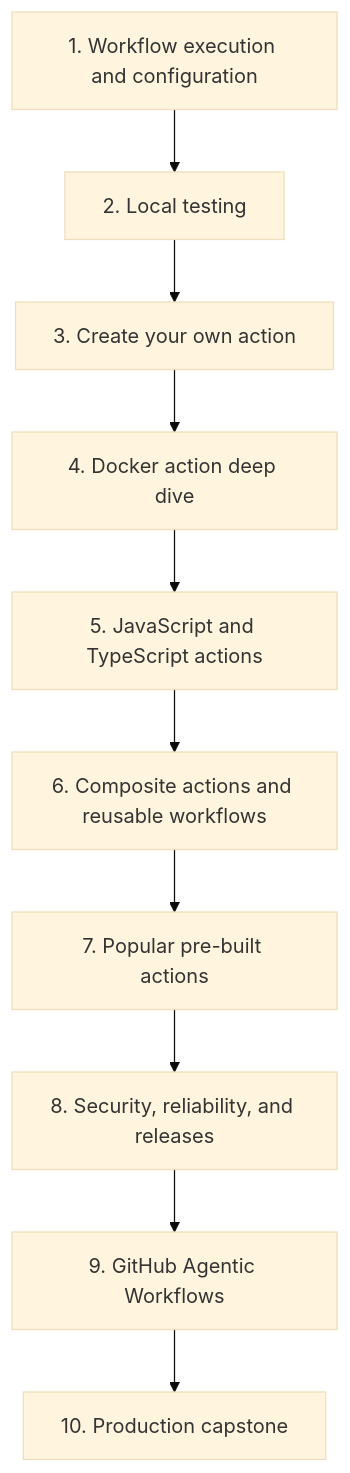
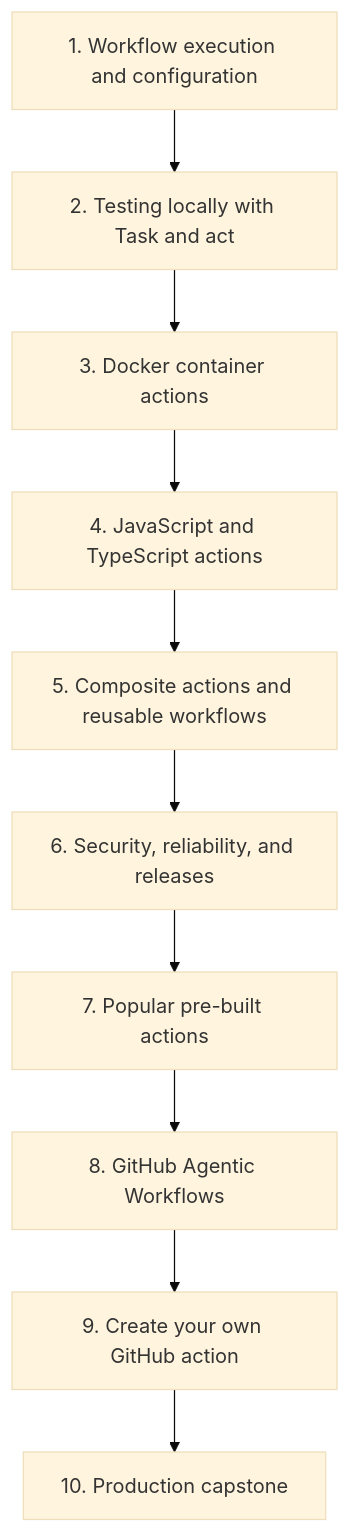
Before and after one commit to Rohit1024/actions-learn: the diagram in docs/lessons/index.md, drawn with Mermaid (base theme). The commit also changed other lines of this file and 169 other files, not shown here.

````diff
--- a/docs/lessons/index.md
+++ b/docs/lessons/index.md
@@ -21,12 +21,12 @@
 ```mermaid
 flowchart TD
-    Workflow["1. Workflow execution and configuration"] --> Local["2. Local testing"]
-    Local --> Own["3. Create your own action"]
-    Own --> Docker["4. Docker action deep dive"]
-    Docker --> Node["5. JavaScript and TypeScript actions"]
-    Node --> Compose["6. Composite actions and reusable workflows"]
-    Compose --> Reuse["7. Popular pre-built actions"]
-    Reuse --> Security["8. Security, reliability, and releases"]
-    Security --> Agentic["9. GitHub Agentic Workflows"]
-    Agentic --> Capstone["10. Production capstone"]
+    Workflow["1. Workflow execution and configuration"] --> Local["2. Testing locally with Task and act"]
+    Local --> Docker["3. Docker container actions"]
+    Docker --> Node["4. JavaScript and TypeScript actions"]
+    Node --> Compose["5. Composite actions and reusable workflows"]
+    Compose --> Security["6. Security, reliability, and releases"]
+    Security --> Reuse["7. Popular pre-built actions"]
+    Reuse --> Agentic["8. GitHub Agentic Workflows"]
+    Agentic --> Own["9. Create your own GitHub action"]
+    Own --> Capstone["10. Production capstone"]
 ```
````
